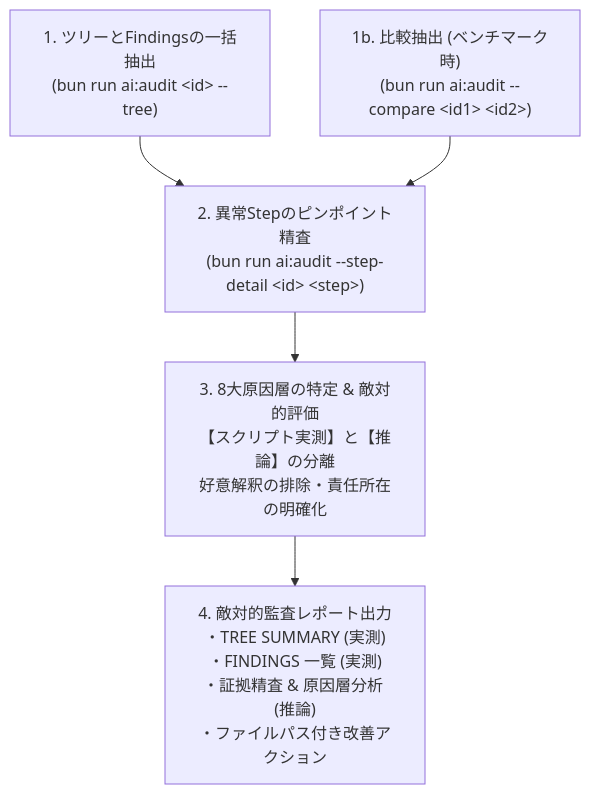
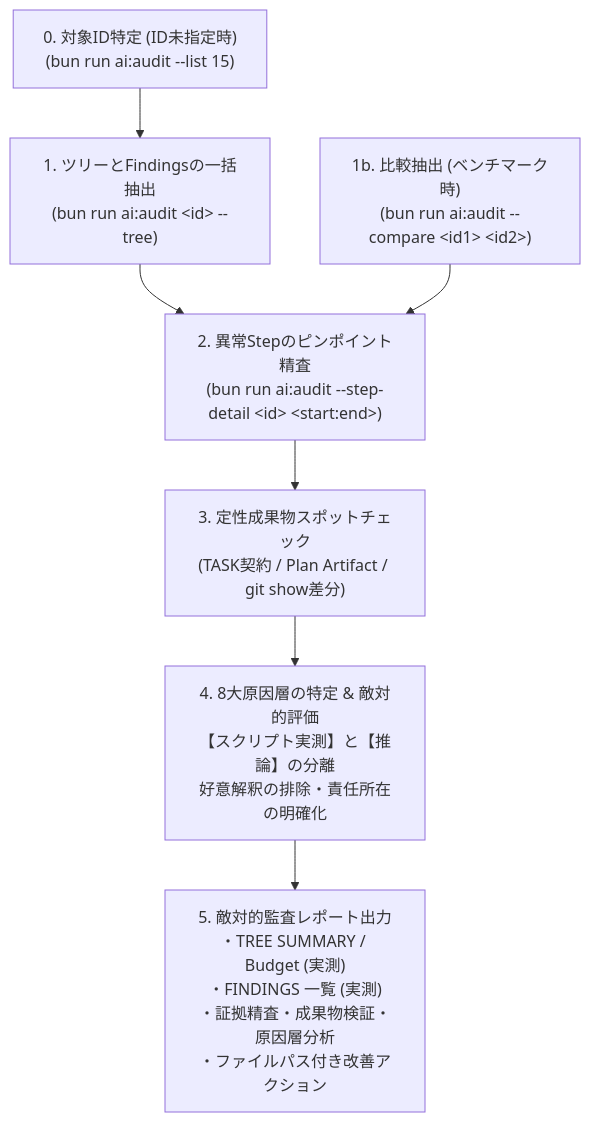
One commit to watter46/footics changed the diagram in .agents/skills/session-audit/SKILL.md. Above: the diagram before and after it, drawn with Mermaid. The commit also changed other lines of this file and 62 other files, not shown here.

````diff
--- a/.agents/skills/session-audit/SKILL.md
+++ b/.agents/skills/session-audit/SKILL.md
@@ -14,13 +14,17 @@
 ```mermaid
 flowchart TD
+    S_List["0. 対象ID特定 (ID未指定時)<br>(bun run ai:audit --list 15)"]
     S_Tree["1. ツリーとFindingsの一括抽出<br>(bun run ai:audit &lt;id&gt; --tree)"]
     S_Comp["1b. 比較抽出 (ベンチマーク時)<br>(bun run ai:audit --compare &lt;id1&gt; &lt;id2&gt;)"]
-    S_Step["2. 異常Stepのピンポイント精査<br>(bun run ai:audit --step-detail &lt;id&gt; &lt;step&gt;)"]
-    D_Diagnose["3. 8大原因層の特定 &amp; 敵対的評価<br>【スクリプト実測】と【推論】の分離<br>好意解釈の排除・責任所在の明確化"]
-    R_Report["4. 敵対的監査レポート出力<br>・TREE SUMMARY (実測)<br>・FINDINGS 一覧 (実測)<br>・証拠精査 &amp; 原因層分析 (推論)<br>・ファイルパス付き改善アクション"]
+    S_Step["2. 異常Stepのピンポイント精査<br>(bun run ai:audit --step-detail &lt;id&gt; &lt;start:end&gt;)"]
+    S_Qual["3. 定性成果物スポットチェック<br>(TASK契約 / Plan Artifact / git show差分)"]
+    D_Diagnose["4. 8大原因層の特定 &amp; 敵対的評価<br>【スクリプト実測】と【推論】の分離<br>好意解釈の排除・責任所在の明確化"]
+    R_Report["5. 敵対的監査レポート出力<br>・TREE SUMMARY / Budget (実測)<br>・FINDINGS 一覧 (実測)<br>・証拠精査・成果物検証・原因層分析<br>・ファイルパス付き改善アクション"]
 
+    S_List --> S_Tree
     S_Tree --> S_Step
     S_Comp --> S_Step
-    S_Step --> D_Diagnose
+    S_Step --> S_Qual
+    S_Qual --> D_Diagnose
     D_Diagnose --> R_Report
 ```
````
